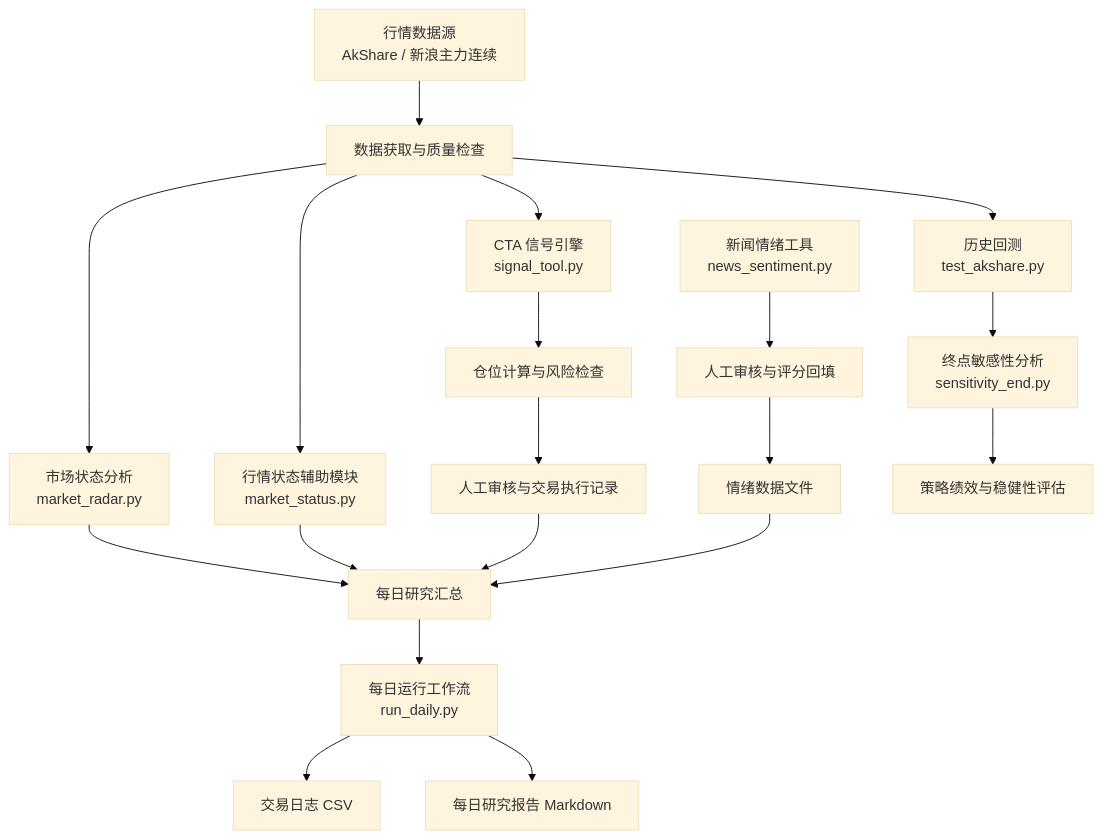
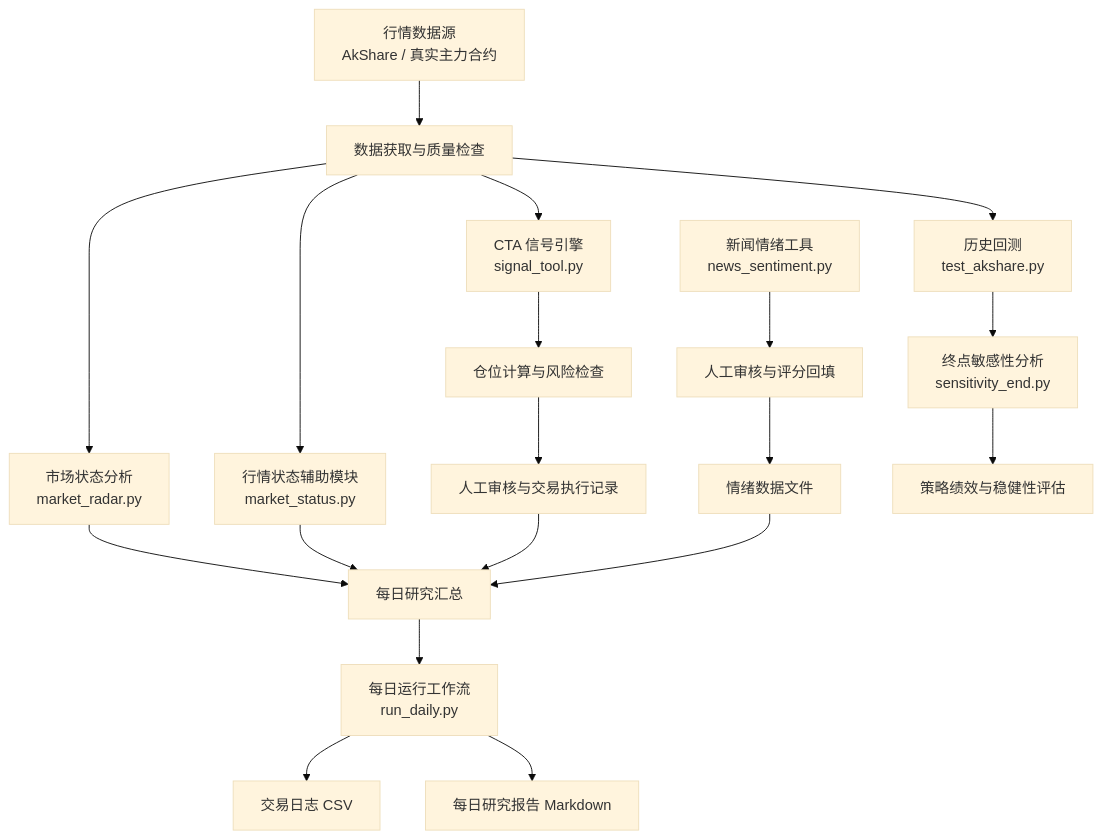
Before and after one commit to anfuqing/futures-cta-agent: the diagram in README.md, drawn with Mermaid (base theme). The commit also changed other lines of this file, not shown here.

````diff
--- a/README.md
+++ b/README.md
@@ -161,27 +161,27 @@
 ```mermaid
 flowchart TD
-    A["行情数据源<br/>AkShare / 新浪主力连续"] --> B["数据获取与质量检查"]
+    A["行情数据源<br/>AkShare / 真实主力合约"] --> B["数据获取与质量检查"]
 
     B --> C["CTA 信号引擎<br/>signal_tool.py"]
     B --> D["市场状态分析<br/>market_radar.py"]
     B --> E["行情状态辅助模块<br/>market_status.py"]
     B --> F["历史回测<br/>test_akshare.py"]
 
     C --> G["仓位计算与风险检查"]
     G --> H["人工审核与交易执行记录"]
 
     D --> I["每日研究汇总"]
     E --> I
     H --> I
 
     J["新闻情绪工具<br/>news_sentiment.py"] --> K["人工审核与评分回填"]
     K --> L["情绪数据文件"]
     L --> I
 
     I --> M["每日运行工作流<br/>run_daily.py"]
     M --> N["交易日志 CSV"]
     M --> O["每日研究报告 Markdown"]
 
     F --> P["终点敏感性分析<br/>sensitivity_end.py"]
     P --> Q["策略绩效与稳健性评估"]
 ```
````
